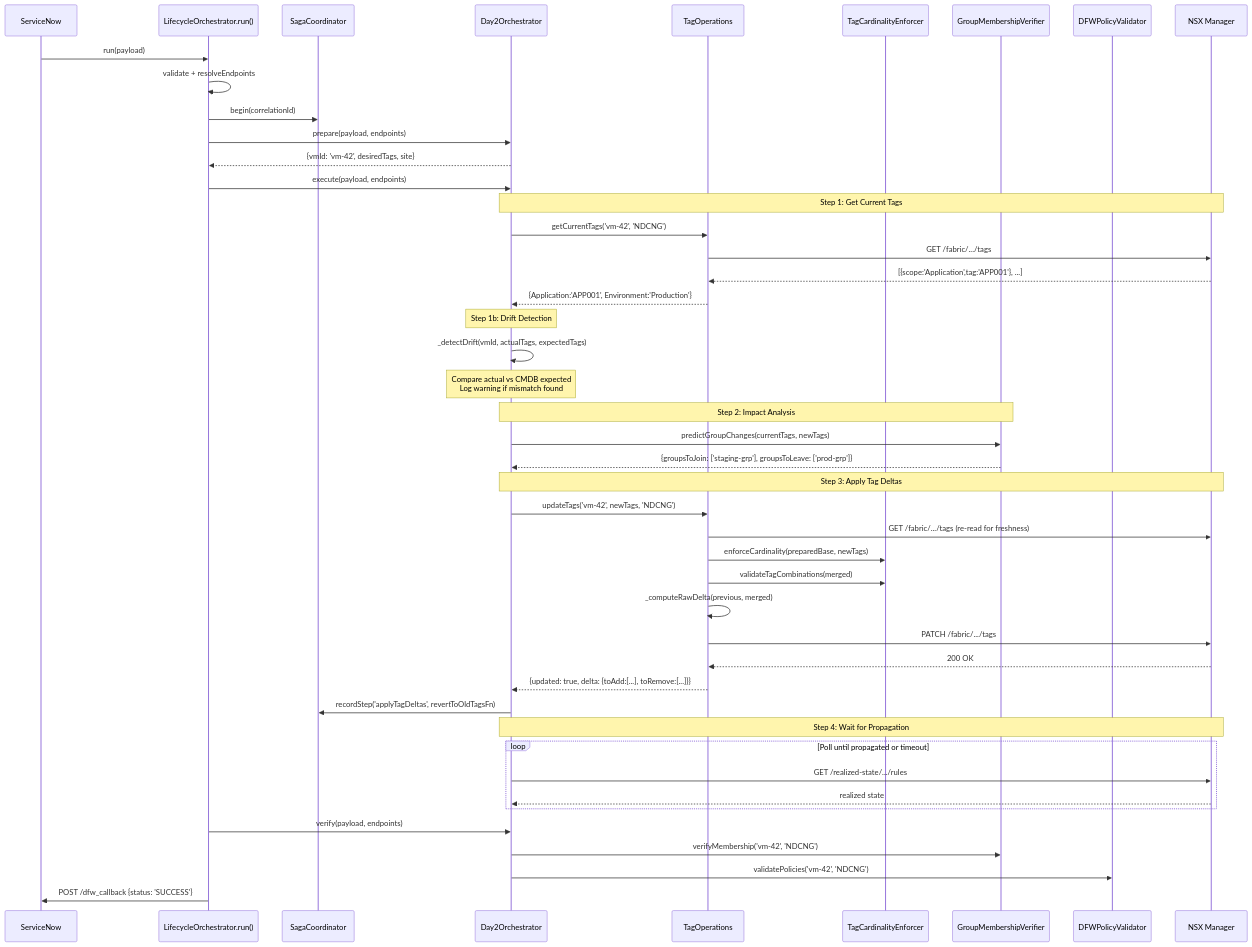
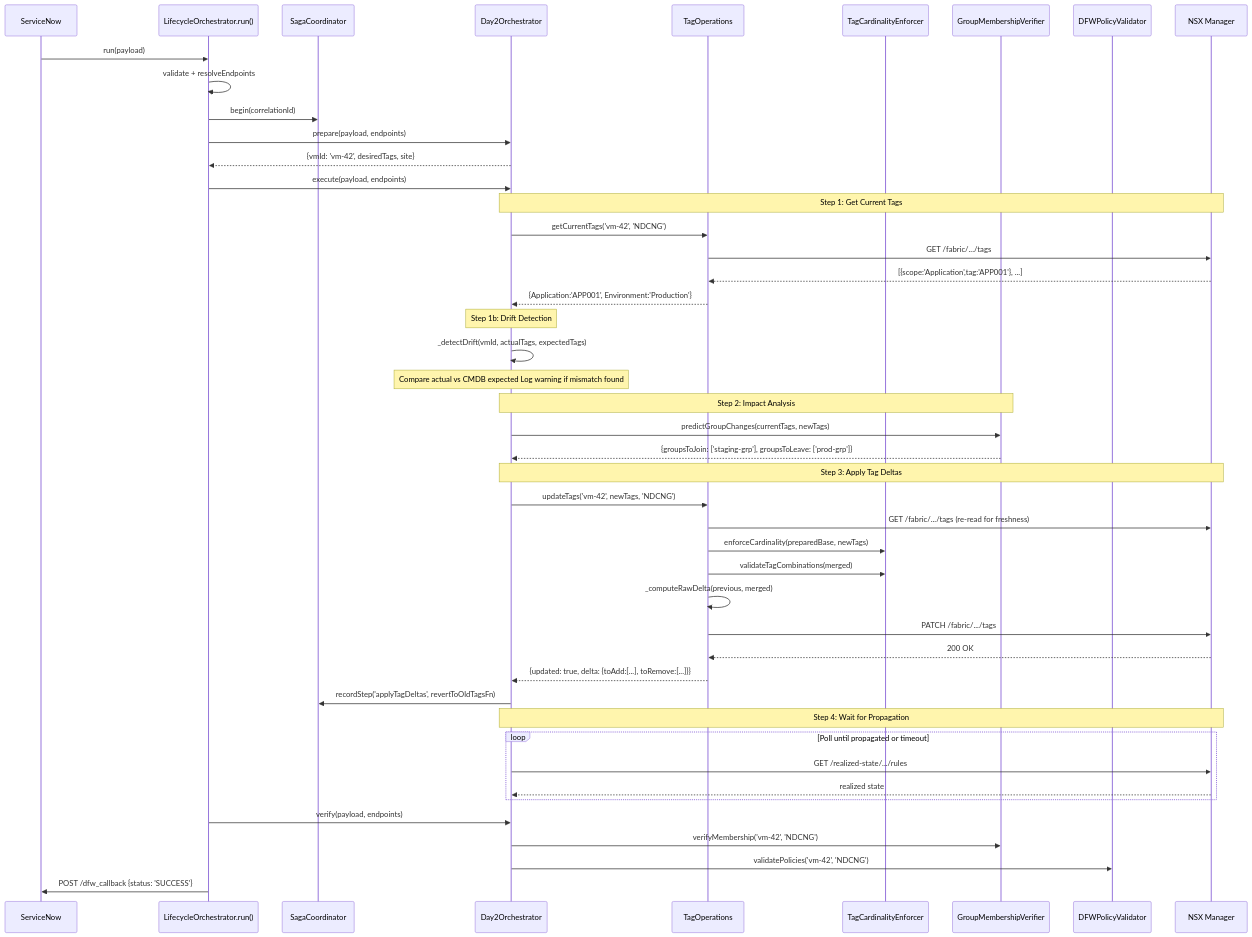
The third of 10 diagrams in docs/LLD.md (srikanth-nalam/dfw-automation-pipeline), drawn with Mermaid before and after one commit. The commit also changed other lines of this file and 8 other files, not shown here.

First line of the commit message:
fix(docs): resolve Mermaid diagram rendering issues in HLD.md

````diff
--- a/docs/LLD.md
+++ b/docs/LLD.md
@@ -974,58 +974,58 @@
 ```mermaid
 sequenceDiagram
     participant SNOW as ServiceNow
     participant VRO as LifecycleOrchestrator.run()
     participant Saga as SagaCoordinator
     participant D2 as Day2Orchestrator
     participant Tags as TagOperations
     participant TCE as TagCardinalityEnforcer
     participant GMV as GroupMembershipVerifier
     participant DFWV as DFWPolicyValidator
     participant NSX as NSX Manager
 
     SNOW->>VRO: run(payload)
     VRO->>VRO: validate + resolveEndpoints
     VRO->>Saga: begin(correlationId)
 
     VRO->>D2: prepare(payload, endpoints)
     D2-->>VRO: {vmId: 'vm-42', desiredTags, site}
 
     VRO->>D2: execute(payload, endpoints)
 
     Note over D2,NSX: Step 1: Get Current Tags
     D2->>Tags: getCurrentTags('vm-42', 'NDCNG')
     Tags->>NSX: GET /fabric/.../tags
     NSX-->>Tags: [{scope:'Application',tag:'APP001'}, ...]
     Tags-->>D2: {Application:'APP001', Environment:'Production'}
 
     Note over D2: Step 1b: Drift Detection
     D2->>D2: _detectDrift(vmId, actualTags, expectedTags)
-    Note over D2: Compare actual vs CMDB expected<br/>Log warning if mismatch found
+    Note over D2: Compare actual vs CMDB expected Log warning if mismatch found
 
     Note over D2,GMV: Step 2: Impact Analysis
     D2->>GMV: predictGroupChanges(currentTags, newTags)
     GMV-->>D2: {groupsToJoin: ['staging-grp'], groupsToLeave: ['prod-grp']}
 
     Note over D2,NSX: Step 3: Apply Tag Deltas
     D2->>Tags: updateTags('vm-42', newTags, 'NDCNG')
     Tags->>NSX: GET /fabric/.../tags (re-read for freshness)
     Tags->>TCE: enforceCardinality(preparedBase, newTags)
     Tags->>TCE: validateTagCombinations(merged)
     Tags->>Tags: _computeRawDelta(previous, merged)
     Tags->>NSX: PATCH /fabric/.../tags
     NSX-->>Tags: 200 OK
     Tags-->>D2: {updated: true, delta: {toAdd:[...], toRemove:[...]}}
     D2->>Saga: recordStep('applyTagDeltas', revertToOldTagsFn)
 
     Note over D2,NSX: Step 4: Wait for Propagation
     loop Poll until propagated or timeout
         D2->>NSX: GET /realized-state/.../rules
         NSX-->>D2: realized state
     end
 
     VRO->>D2: verify(payload, endpoints)
     D2->>GMV: verifyMembership('vm-42', 'NDCNG')
     D2->>DFWV: validatePolicies('vm-42', 'NDCNG')
 
     VRO->>SNOW: POST /dfw_callback {status: 'SUCCESS'}
 ```
````
